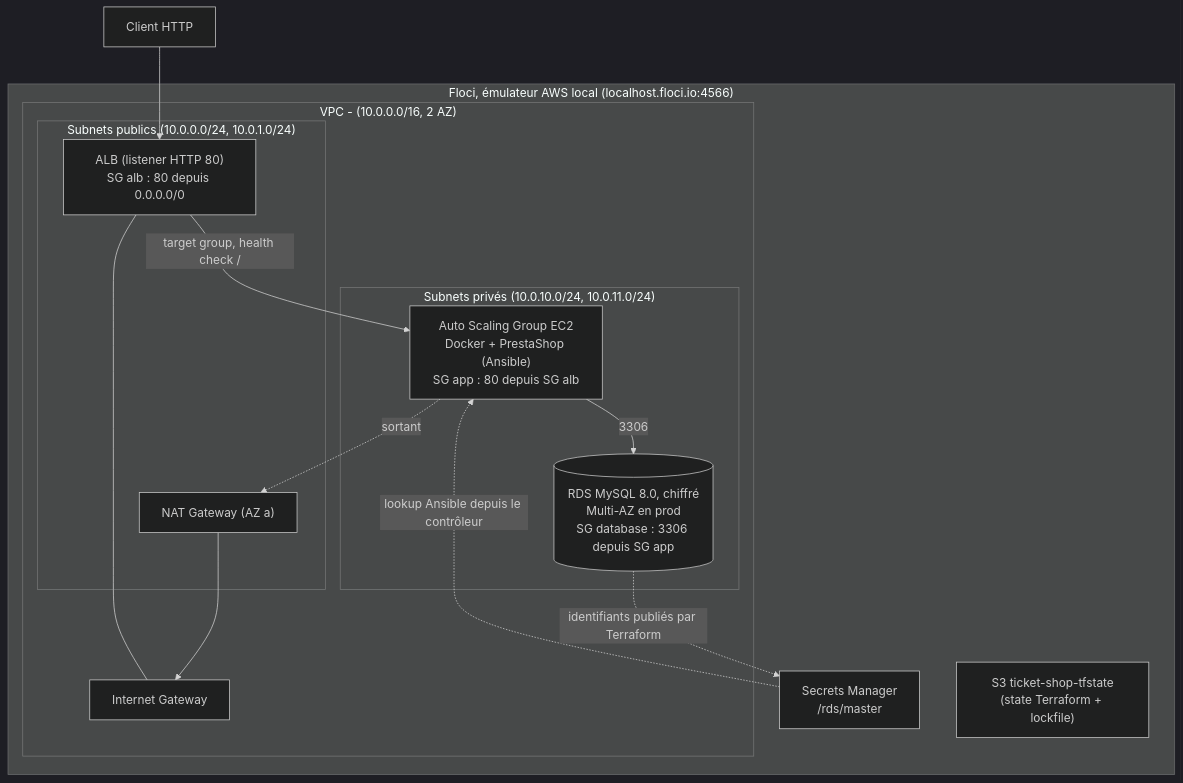
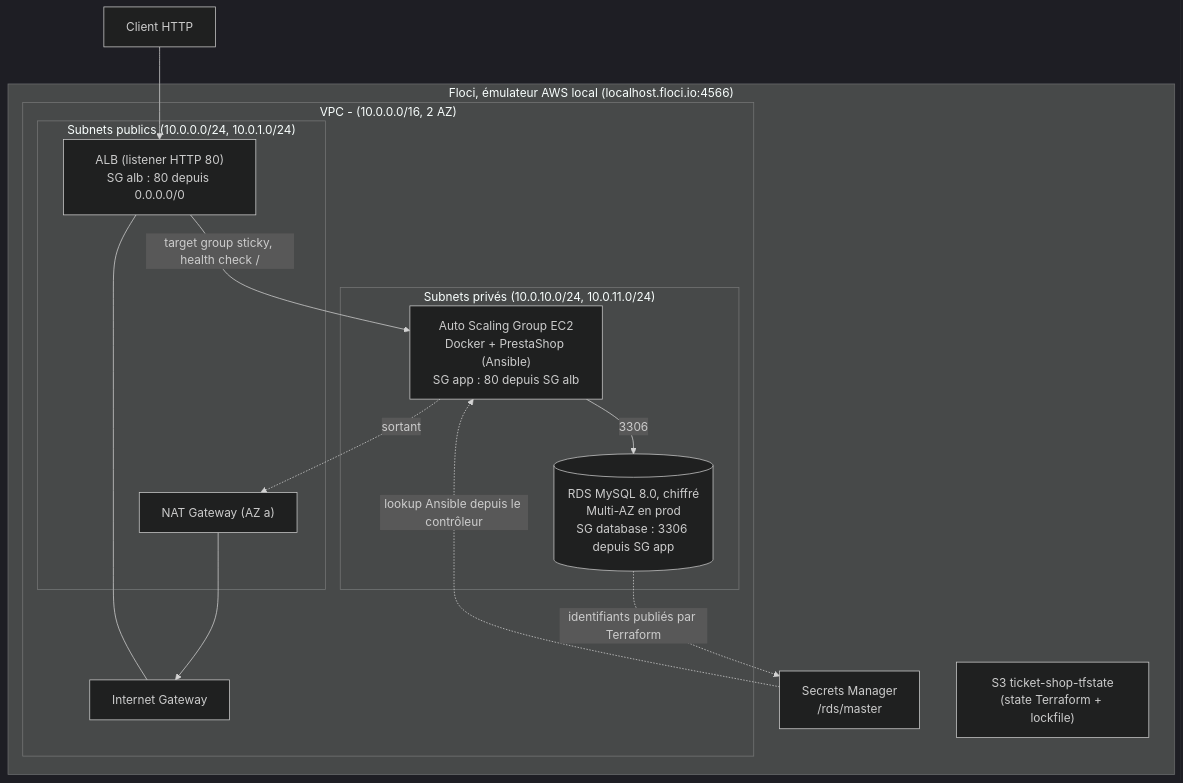
One commit to ECG-Rudy-Glt/5HASH changed the diagram in docs/architecture.md. Above: the diagram before and after it, drawn with Mermaid (dark theme). The commit also changed other lines of this file and 7 other files, not shown here.

First line of the commit message:
ALB : sticky sessions et scaling sur le nombre de requêtes

````diff
--- a/docs/architecture.md
+++ b/docs/architecture.md
@@ -5,28 +5,28 @@
 ```mermaid
 flowchart TB
     client["Client HTTP"]
 
     subgraph floci["Floci, émulateur AWS local (localhost.floci.io:4566)"]
         subgraph vpc["VPC <project>-<env> (10.0.0.0/16, 2 AZ)"]
             subgraph pub["Subnets publics (10.0.0.0/24, 10.0.1.0/24)"]
                 alb["ALB (listener HTTP 80)<br/>SG alb : 80 depuis 0.0.0.0/0"]
                 nat["NAT Gateway (AZ a)"]
             end
             subgraph priv["Subnets privés (10.0.10.0/24, 10.0.11.0/24)"]
                 asg["Auto Scaling Group EC2<br/>Docker + PrestaShop (Ansible)<br/>SG app : 80 depuis SG alb"]
                 rds[("RDS MySQL 8.0, chiffré<br/>Multi-AZ en prod<br/>SG database : 3306 depuis SG app")]
             end
             igw["Internet Gateway"]
         end
         sm["Secrets Manager<br/><name>/rds/master"]
         s3["S3 ticket-shop-tfstate<br/>(state Terraform + lockfile)"]
     end
 
     client --> alb
-    alb -->|target group, health check /| asg
+    alb -->|target group sticky, health check /| asg
     asg -->|3306| rds
     asg -.->|sortant| nat --> igw
     alb --- igw
     rds -.->|identifiants publiés par Terraform| sm
     sm -.->|lookup Ansible depuis le contrôleur| asg
 ```
````
